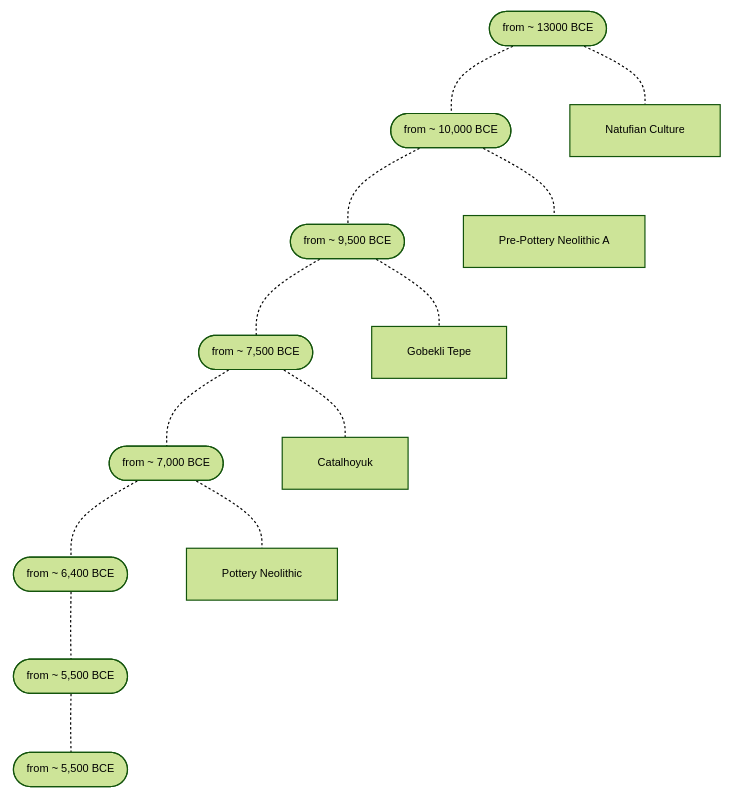
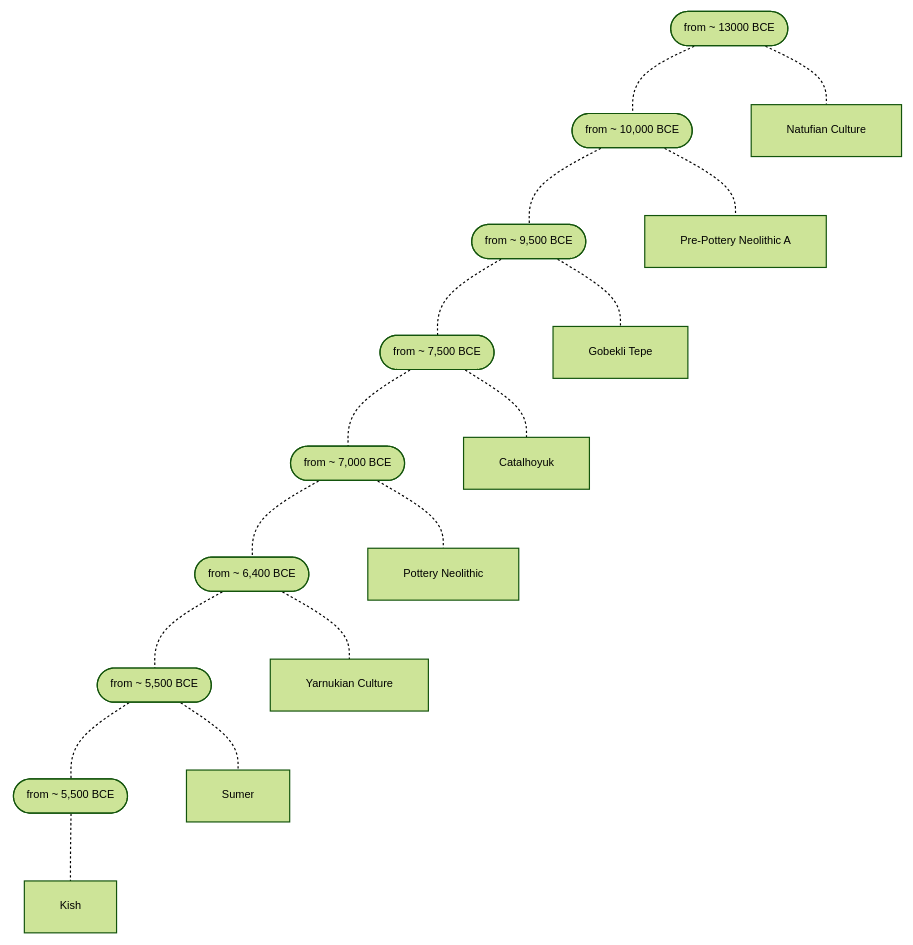
The diagram in 0000_General/timeline_v1.01.md (joe-dorward/samples), drawn with Mermaid before and after one commit. The commit also changed other lines of this file, not shown here.

````diff
--- a/0000_General/timeline_v1.01.md
+++ b/0000_General/timeline_v1.01.md
@@ -1,25 +1,31 @@
 ```mermaid
 %%{init: { 'theme':'forest', 'themeVariables': { 'fontSize':'7pt' } }}%%
 flowchart TD
     %% ========== ========== ========== ========== ==========
     13000([from ~ 13000 BCE])-.-
     10000([from ~ 10,000 BCE])-.-
     9500([from ~ 9,500 BCE])-.-
     7500([from ~ 7,500 BCE])-.-
     7000([from ~ 7,000 BCE])-.-
     6400([from ~ 6,400 BCE])-.-
     5500_SUMER([from ~ 5,500 BCE])-.-
     5500_KISH([from ~ 5,500 BCE])
 
     NATUFIAN[Natufian Culture]
     PRE_POTTERY_NEOLITHIC_A[Pre-Pottery Neolithic A]
     GOBEKLI_TEPE[Gobekli Tepe]
     CATALHOYUK[Catalhoyuk]
     POTTERY_NEOLITHIC[Pottery Neolithic]
+    YARNUKIAN["Yarnukian Culture"]
+    SUMER[Sumer]
+    KISH[Kish]
 
     13000-.-NATUFIAN
     10000-.-PRE_POTTERY_NEOLITHIC_A
     9500-.-GOBEKLI_TEPE
     7500-.-CATALHOYUK
     7000-.-POTTERY_NEOLITHIC
+    6400-.-YARNUKIAN
+    5500_SUMER-.-SUMER[Sumer]
+    5500_KISH-.-KISH[Kish]
 ```
````
